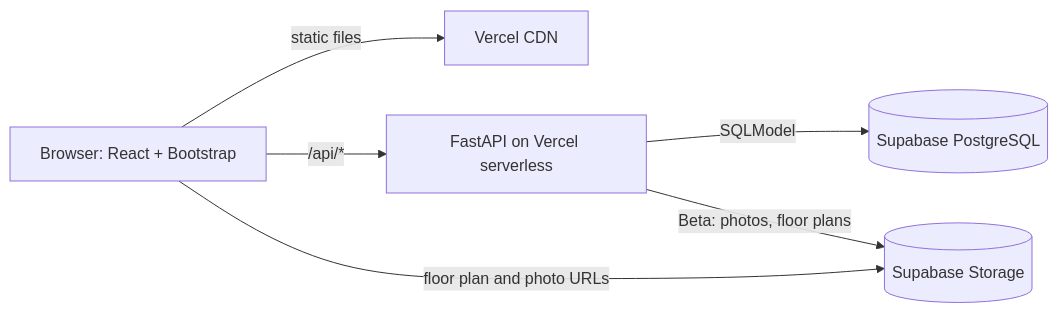
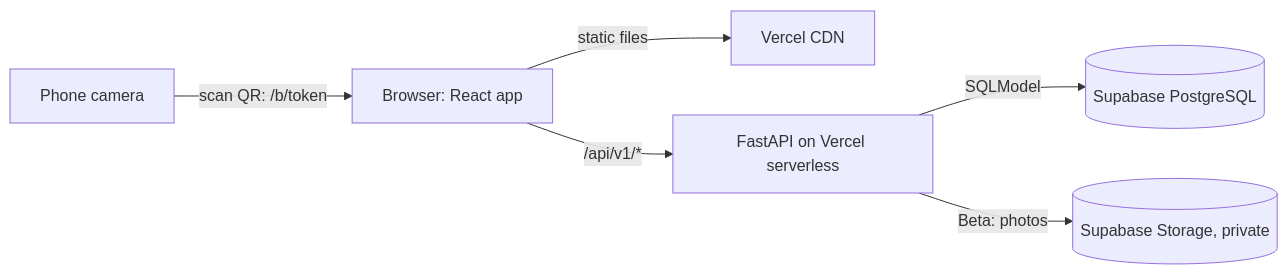
Before and after one commit to zarints05/2311933-S5-BoxBrain: the first of 6 diagrams in docs/03-tdd.md, drawn with Mermaid. The commit also changed other lines of this file and 9 other files, not shown here.

````diff
--- a/docs/03-tdd.md
+++ b/docs/03-tdd.md
@@ -37,8 +87,8 @@
 ```mermaid
 flowchart LR
-    B["Browser: React + Bootstrap"] -->|"static files"| V["Vercel CDN"]
-    B -->|"/api/*"| F["FastAPI on Vercel serverless"]
+    P["Phone camera"] -->|"scan QR: /b/token"| B["Browser: React app"]
+    B -->|"static files"| V["Vercel CDN"]
+    B -->|"/api/v1/*"| F["FastAPI on Vercel serverless"]
     F -->|"SQLModel"| DB[("Supabase PostgreSQL")]
-    F -->|"Beta: photos, floor plans"| S[("Supabase Storage")]
-    B -->|"floor plan and photo URLs"| S
+    F -->|"Beta: photos"| S[("Supabase Storage, private")]
 ```
````
